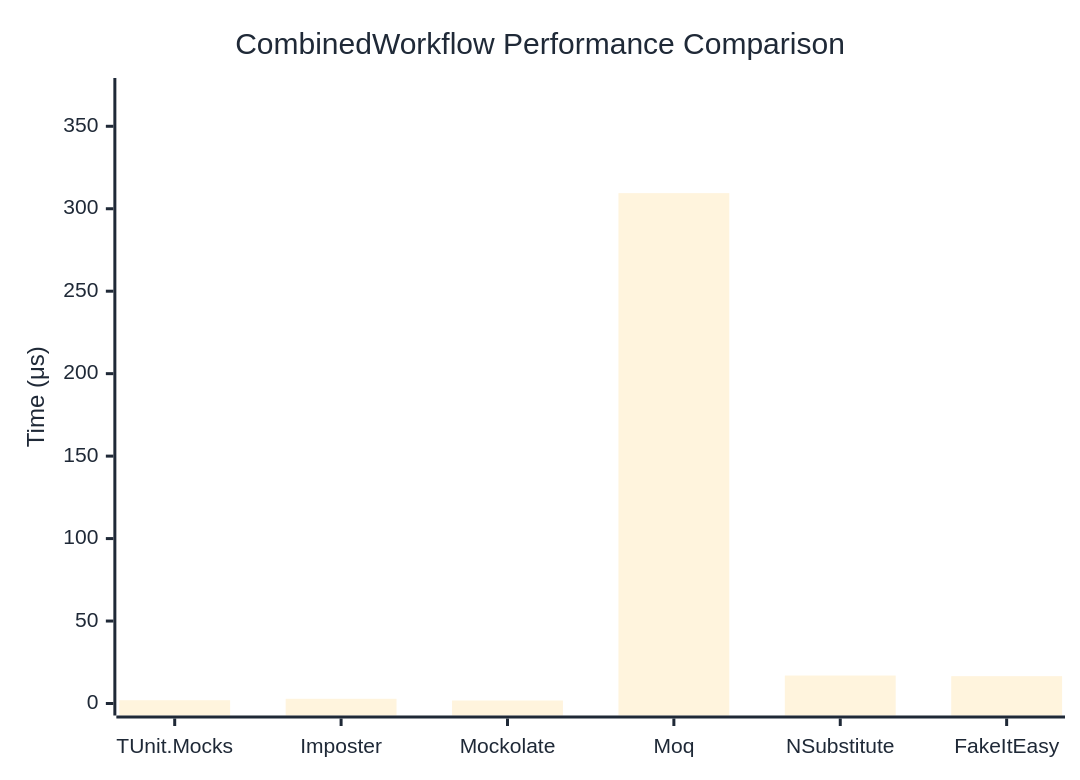
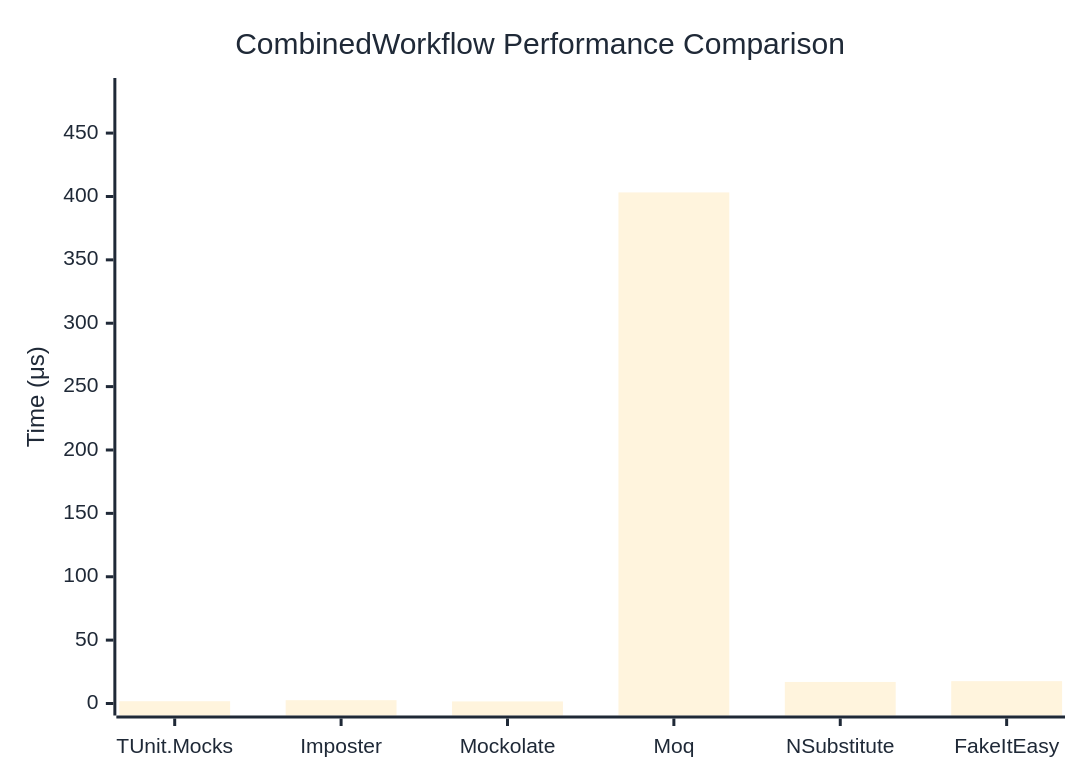
The diagram in docs/docs/benchmarks/mocks/CombinedWorkflow.md (thomhurst/TUnit), drawn with Mermaid before and after one commit. The commit also changed other lines of this file and 14 other files, not shown here.

````diff
--- a/docs/docs/benchmarks/mocks/CombinedWorkflow.md
+++ b/docs/docs/benchmarks/mocks/CombinedWorkflow.md
@@ -30,27 +30,27 @@
 ```mermaid
 %%{init: {
   'theme':'base',
   'themeVariables': {
     'primaryColor': '#2563eb',
     'primaryTextColor': '#1f2937',
     'primaryBorderColor': '#1e40af',
     'lineColor': '#6b7280',
     'secondaryColor': '#7c3aed',
     'tertiaryColor': '#dc2626',
     'background': '#ffffff',
     'pie1': '#2563eb',
     'pie2': '#7c3aed',
     'pie3': '#dc2626',
     'pie4': '#f59e0b',
     'pie5': '#10b981',
     'pie6': '#06b6d4',
     'pie7': '#ec4899',
     'pie8': '#6366f1'
   }
 }}%%
 xychart-beta
   title "CombinedWorkflow Performance Comparison"
   x-axis ["TUnit.Mocks", "Imposter", "Mockolate", "Moq", "NSubstitute", "FakeItEasy"]
-  y-axis "Time (μs)" 0 --> 372
-  bar [1.992, 2.855, 1.814, 309.458, 16.956, 16.576]
+  y-axis "Time (μs)" 0 --> 484
+  bar [1.791, 2.613, 1.64, 403.208, 17.002, 17.623]
 ```
````
